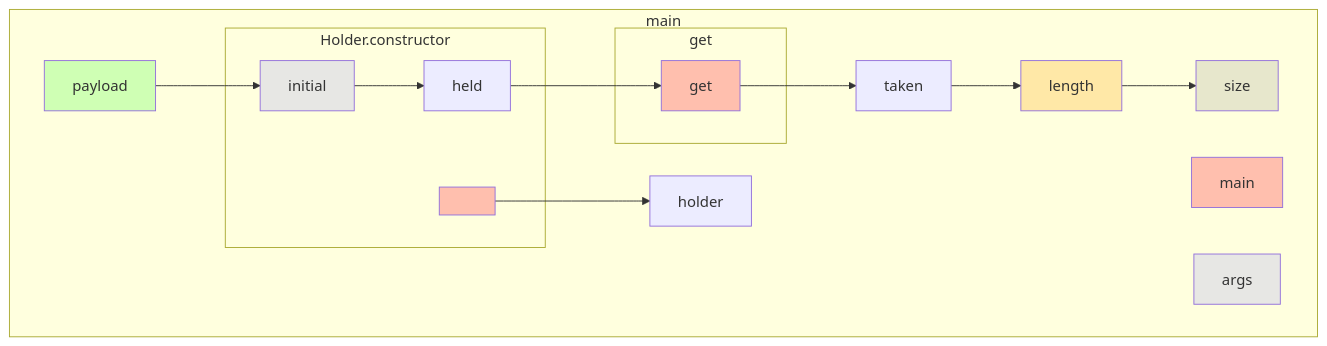
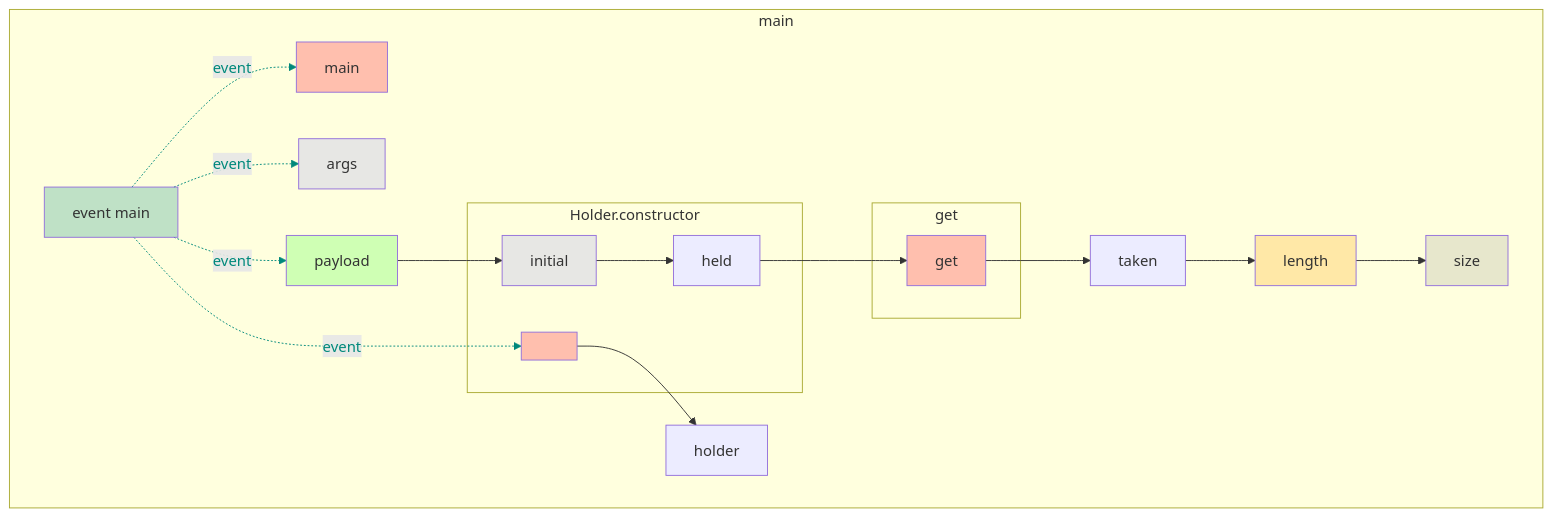
One commit to gstiebler/codeflow changed the diagram in app/src/test/resources/generic/snapshot.md. Above: the diagram before and after it, drawn with Mermaid. The commit also changed 77 other files, not shown here.

````diff
--- a/app/src/test/resources/generic/snapshot.md
+++ b/app/src/test/resources/generic/snapshot.md
@@ -1,34 +1,44 @@
 ```mermaid
 flowchart TD
   subgraph b0["main"]
-    n1[main]:::RETURN
-    n2[args]:::FUNC_PARAM
-    n3["payload"]:::LITERAL
-    n8[holder]:::OBJ_VARIABLE
-    n11[taken]:::OBJ_VARIABLE
-    n12[length]:::EXTERNAL
-    n13[size]:::VARIABLE
-    n3["payload"]:::LITERAL --> n6[initial]:::FUNC_PARAM
-    n11[taken]:::OBJ_VARIABLE --> n12[length]:::EXTERNAL
-    n12[length]:::EXTERNAL --> n13[size]:::VARIABLE
-    n5[<init>]:::RETURN --> n8[holder]:::OBJ_VARIABLE
-    n7[held]:::OBJ_VARIABLE --> n10[get]:::RETURN
-    n10[get]:::RETURN --> n11[taken]:::OBJ_VARIABLE
-    subgraph b4["Holder.constructor"]
-      n5[<init>]:::RETURN
-      n6[initial]:::FUNC_PARAM
-      n7[held]:::OBJ_VARIABLE
-      n6[initial]:::FUNC_PARAM --> n7[held]:::OBJ_VARIABLE
+    n1[event main]:::EVENT
+    n2[main]:::RETURN
+    n3[args]:::FUNC_PARAM
+    n4["payload"]:::LITERAL
+    n9[holder]:::OBJ_VARIABLE
+    n12[taken]:::OBJ_VARIABLE
+    n13[length]:::EXTERNAL
+    n14[size]:::VARIABLE
+    n1[event main]:::EVENT -. event .-> n2[main]:::RETURN
+    n1[event main]:::EVENT -. event .-> n3[args]:::FUNC_PARAM
+    n1[event main]:::EVENT -. event .-> n4["payload"]:::LITERAL
+    n1[event main]:::EVENT -. event .-> n6[<init>]:::RETURN
+    n4["payload"]:::LITERAL --> n7[initial]:::FUNC_PARAM
+    n12[taken]:::OBJ_VARIABLE --> n13[length]:::EXTERNAL
+    n13[length]:::EXTERNAL --> n14[size]:::VARIABLE
+    n6[<init>]:::RETURN --> n9[holder]:::OBJ_VARIABLE
+    n8[held]:::OBJ_VARIABLE --> n11[get]:::RETURN
+    n11[get]:::RETURN --> n12[taken]:::OBJ_VARIABLE
+    subgraph b5["Holder.constructor"]
+      n6[<init>]:::RETURN
+      n7[initial]:::FUNC_PARAM
+      n8[held]:::OBJ_VARIABLE
+      n7[initial]:::FUNC_PARAM --> n8[held]:::OBJ_VARIABLE
     end
-    subgraph b9["get"]
-      n10[get]:::RETURN
+    subgraph b10["get"]
+      n11[get]:::RETURN
     end
   end
+  linkStyle 0 stroke:#00897b,color:#00897b
+  linkStyle 1 stroke:#00897b,color:#00897b
+  linkStyle 2 stroke:#00897b,color:#00897b
+  linkStyle 3 stroke:#00897b,color:#00897b
   classDef LITERAL fill:#00FF0030
   classDef VARIABLE fill:#80808030
   classDef BIN_OP fill:#80808080
   classDef FUNC_PARAM fill:#8080FF30
   classDef RETURN fill:#FF808080
   classDef EXTERNAL fill:#FFA50040
   classDef UNMODELLED fill:#FF000030,stroke-dasharray: 4 2
+  classDef EVENT fill:#00897B40
 ```
````
